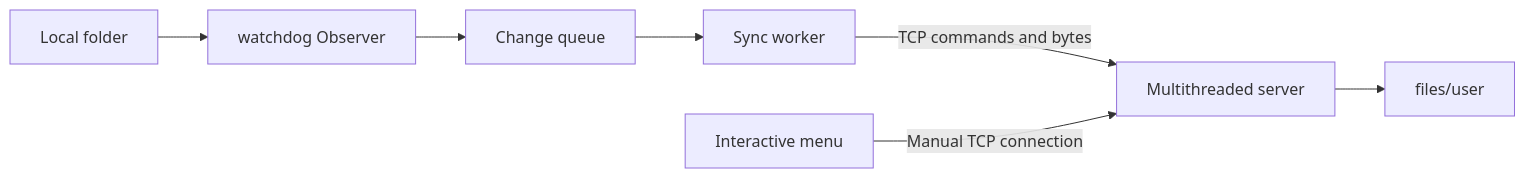
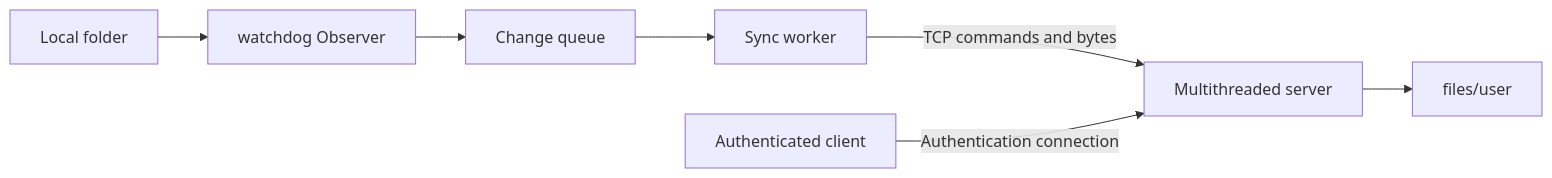
Before and after one commit to KingJorjai/Distributed-Systems_Cloud-File-Service: the first of 2 diagrams in docs/architecture.md, drawn with Mermaid. The commit also changed other lines of this file and 6 other files, not shown here.

````diff
--- a/docs/architecture.md
+++ b/docs/architecture.md
@@ -5,9 +5,9 @@
 ```mermaid
 flowchart LR
     FS[Local folder] --> W[watchdog Observer]
     W --> Q[Change queue]
     Q --> C[Sync worker]
     C -->|TCP commands and bytes| S[Multithreaded server]
     S --> D[files/user]
-    M[Interactive menu] -->|Manual TCP connection| S
+    A[Authenticated client] -->|Authentication connection| S
 ```
````
